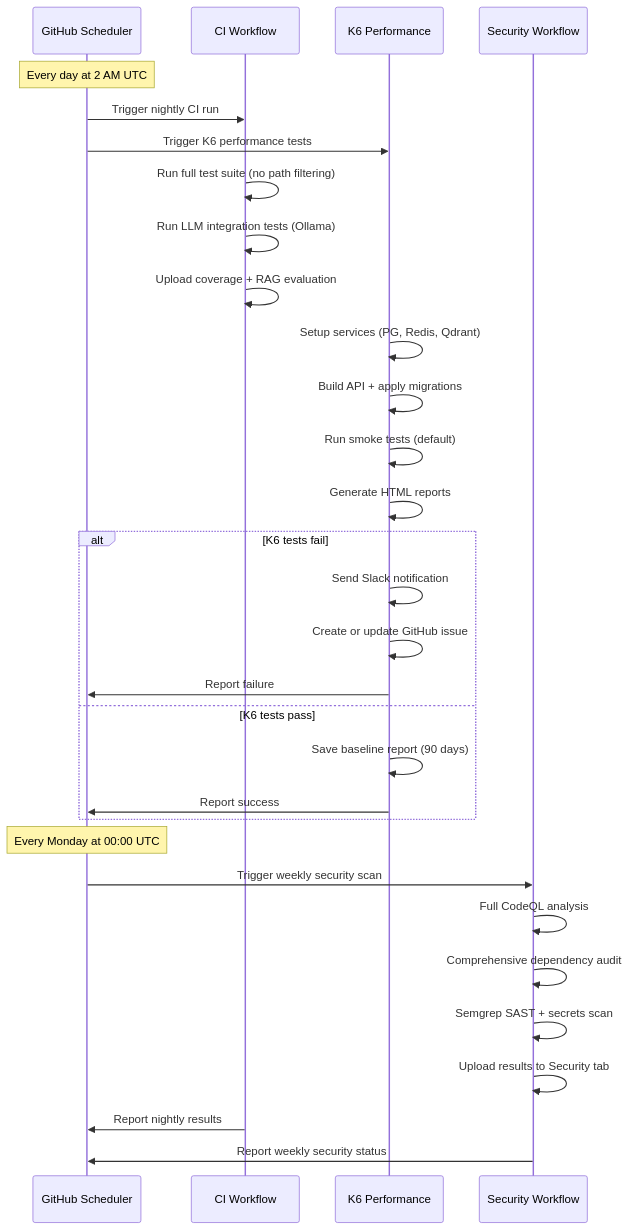
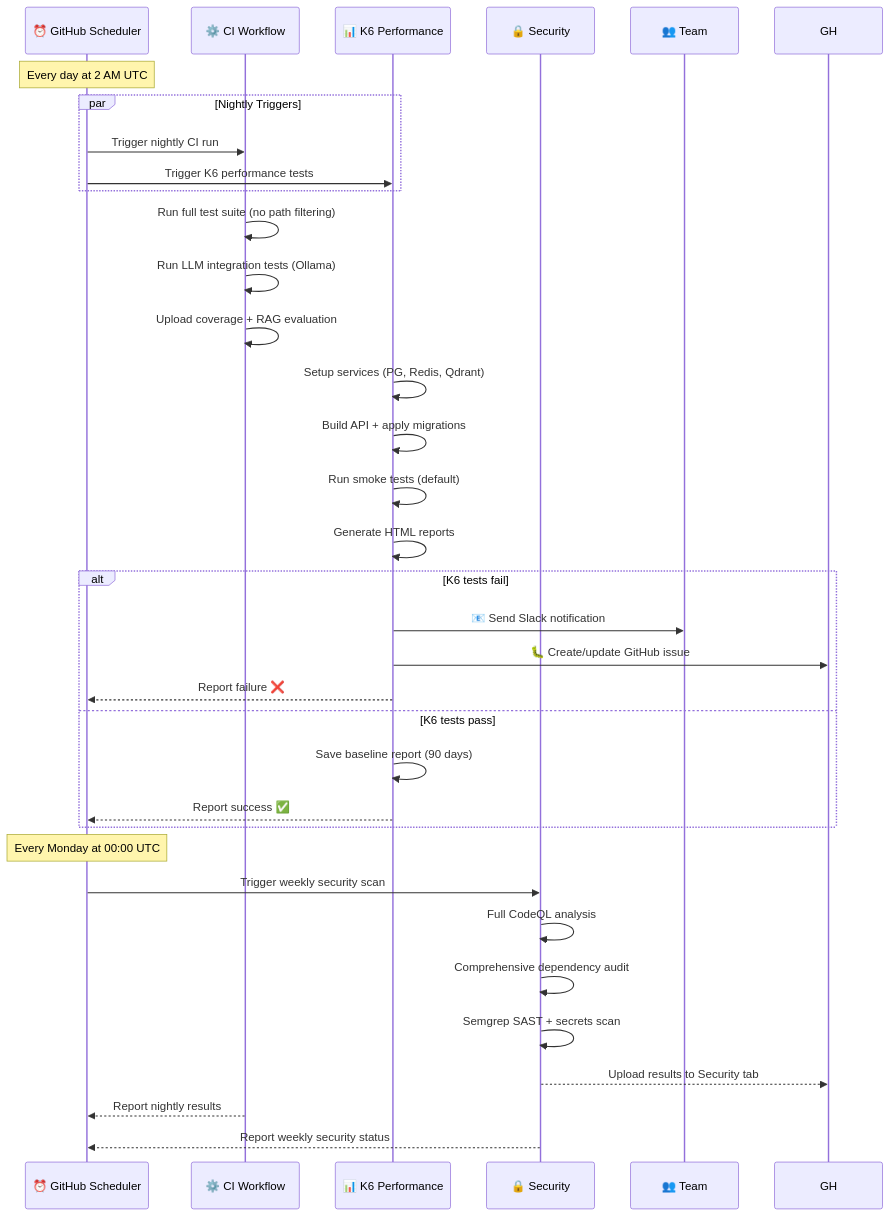
Diagram 11 of 11 in docs/diagrams/github-actions-flow.md (meepleAi-app/meepleai-monorepo), drawn with Mermaid before and after one commit. The commit also changed other lines of this file, not shown here.

First line of the commit message:
docs: Refactor GitHub Actions flow diagram for better readability (#1656)

````diff
--- a/docs/diagrams/github-actions-flow.md
+++ b/docs/diagrams/github-actions-flow.md
@@ -516,41 +686,44 @@
 ```mermaid
 sequenceDiagram
-    participant CRON as GitHub Scheduler
-    participant CI as CI Workflow
-    participant K6 as K6 Performance
-    participant SEC as Security Workflow
+    participant CRON as ⏰ GitHub Scheduler
+    participant CI as ⚙️ CI Workflow
+    participant K6 as 📊 K6 Performance
+    participant SEC as 🔒 Security
+    participant TEAM as 👥 Team
 
     Note over CRON: Every day at 2 AM UTC
 
-    CRON->>CI: Trigger nightly CI run
-    CRON->>K6: Trigger K6 performance tests
+    par Nightly Triggers
+        CRON->>CI: Trigger nightly CI run
+        CRON->>K6: Trigger K6 performance tests
+    end
 
     CI->>CI: Run full test suite (no path filtering)
     CI->>CI: Run LLM integration tests (Ollama)
     CI->>CI: Upload coverage + RAG evaluation
 
     K6->>K6: Setup services (PG, Redis, Qdrant)
     K6->>K6: Build API + apply migrations
     K6->>K6: Run smoke tests (default)
     K6->>K6: Generate HTML reports
 
     alt K6 tests fail
-        K6->>K6: Send Slack notification
-        K6->>K6: Create or update GitHub issue
-        K6->>CRON: Report failure
+        K6->>TEAM: 📧 Send Slack notification
+        K6->>GH: 🐛 Create/update GitHub issue
+        K6-->>CRON: Report failure ❌
     else K6 tests pass
         K6->>K6: Save baseline report (90 days)
-        K6->>CRON: Report success
+        K6-->>CRON: Report success ✅
     end
 
     Note over CRON: Every Monday at 00:00 UTC
 
     CRON->>SEC: Trigger weekly security scan
     SEC->>SEC: Full CodeQL analysis
     SEC->>SEC: Comprehensive dependency audit
     SEC->>SEC: Semgrep SAST + secrets scan
-    SEC->>SEC: Upload results to Security tab
+    SEC-->>GH: Upload results to Security tab
 
-    CI->>CRON: Report nightly results
-    SEC->>CRON: Report weekly security status
+    CI-->>CRON: Report nightly results
+    SEC-->>CRON: Report weekly security status
 ```
````
